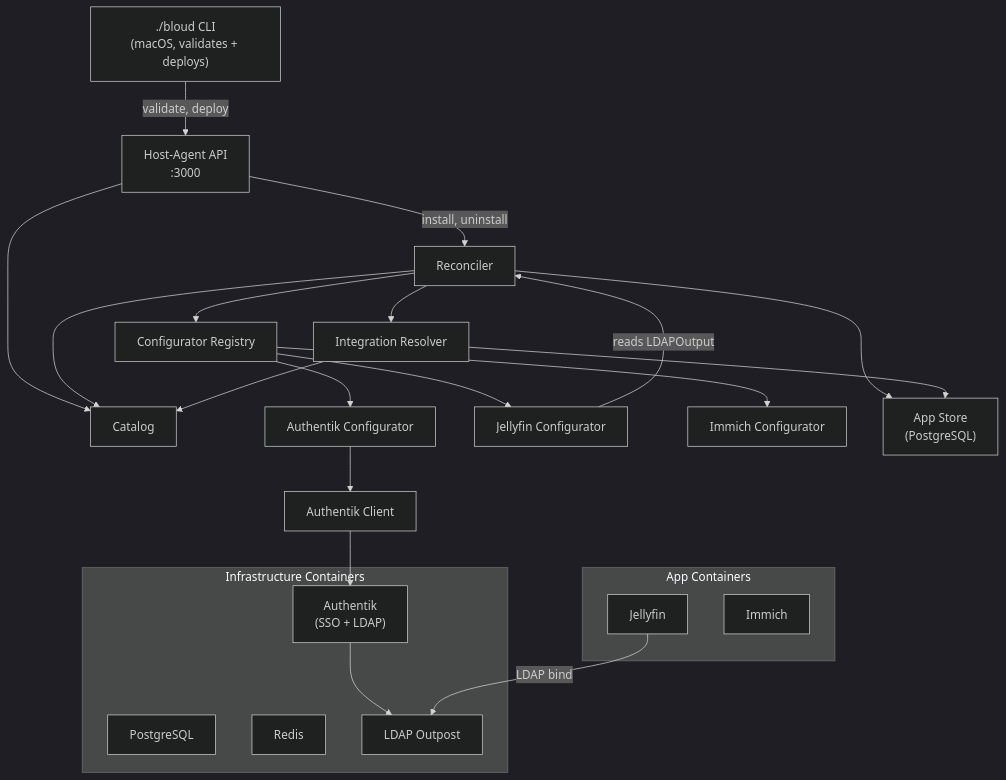
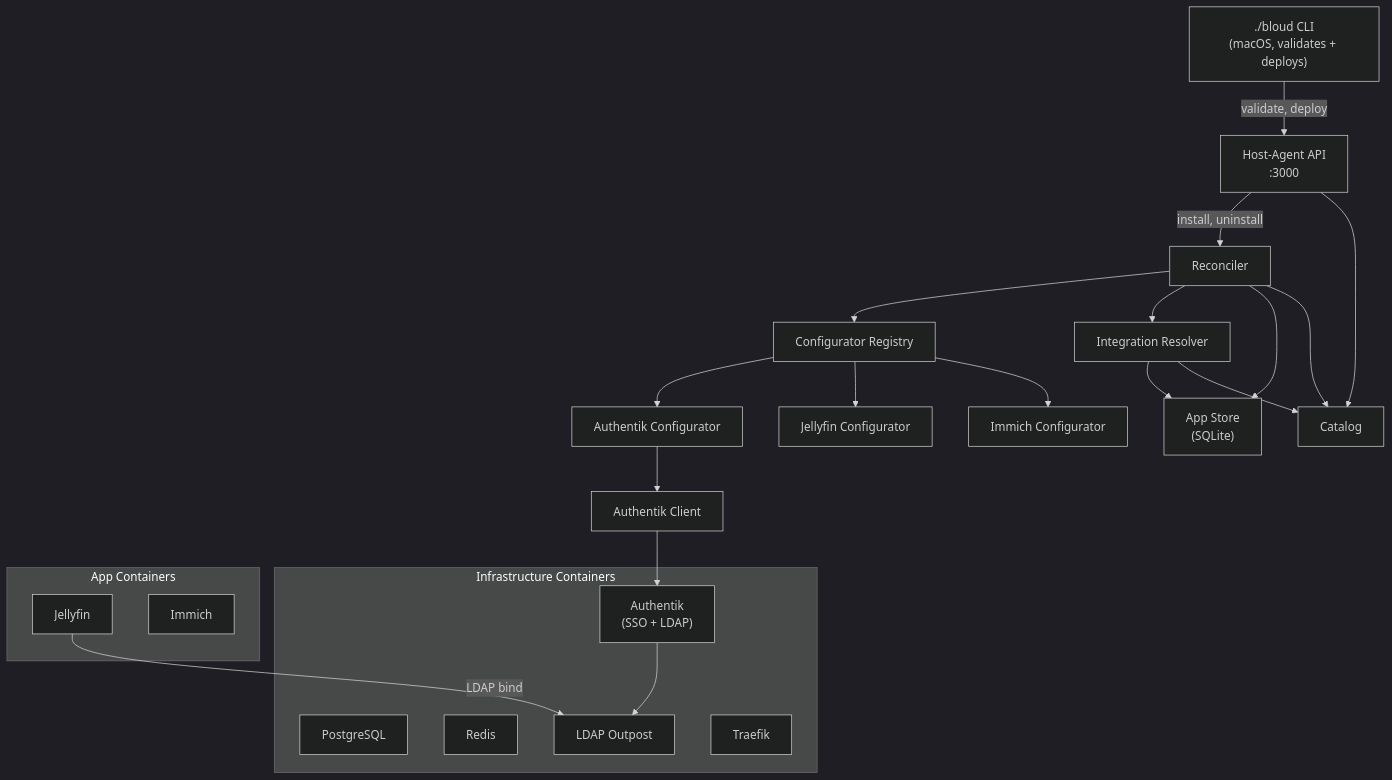
The diagram in docs/portable-runtime-architecture.md (d-buckner/bloud), drawn with Mermaid (dark theme) before and after one commit. The commit also changed other lines of this file and 5 other files, not shown here.

````diff
--- a/docs/portable-runtime-architecture.md
+++ b/docs/portable-runtime-architecture.md
@@ -9,45 +9,45 @@
 ```mermaid
 graph TD
     CLI["./bloud CLI<br/>(macOS, validates + deploys)"]
     API["Host-Agent API<br/>:3000"]
     CAT["Catalog"]
     REC["Reconciler"]
     INT["Integration Resolver"]
     REG["Configurator Registry"]
     AK_CFG["Authentik Configurator"]
     JF_CFG["Jellyfin Configurator"]
     IM_CFG["Immich Configurator"]
     AK_CLIENT["Authentik Client"]
-    STORE["App Store<br/>(PostgreSQL)"]
+    STORE["App Store<br/>(SQLite)"]
 
     CLI -->|validate, deploy| API
     API -->|install, uninstall| REC
     API --> CAT
     REC --> REG
     REC --> INT
     REC --> STORE
     REC --> CAT
     INT --> STORE
     INT --> CAT
     REG --> AK_CFG
     REG --> JF_CFG
     REG --> IM_CFG
     AK_CFG --> AK_CLIENT
-    JF_CFG -->|reads LDAPOutput| REC
 
     subgraph "Infrastructure Containers"
         PG["PostgreSQL"]
         REDIS["Redis"]
         AK["Authentik<br/>(SSO + LDAP)"]
         LDAP["LDAP Outpost"]
+        TR["Traefik"]
     end
 
     subgraph "App Containers"
         JF["Jellyfin"]
         IM["Immich"]
     end
 
     AK_CLIENT --> AK
     AK --> LDAP
     JF -->|LDAP bind| LDAP
 ```
````
